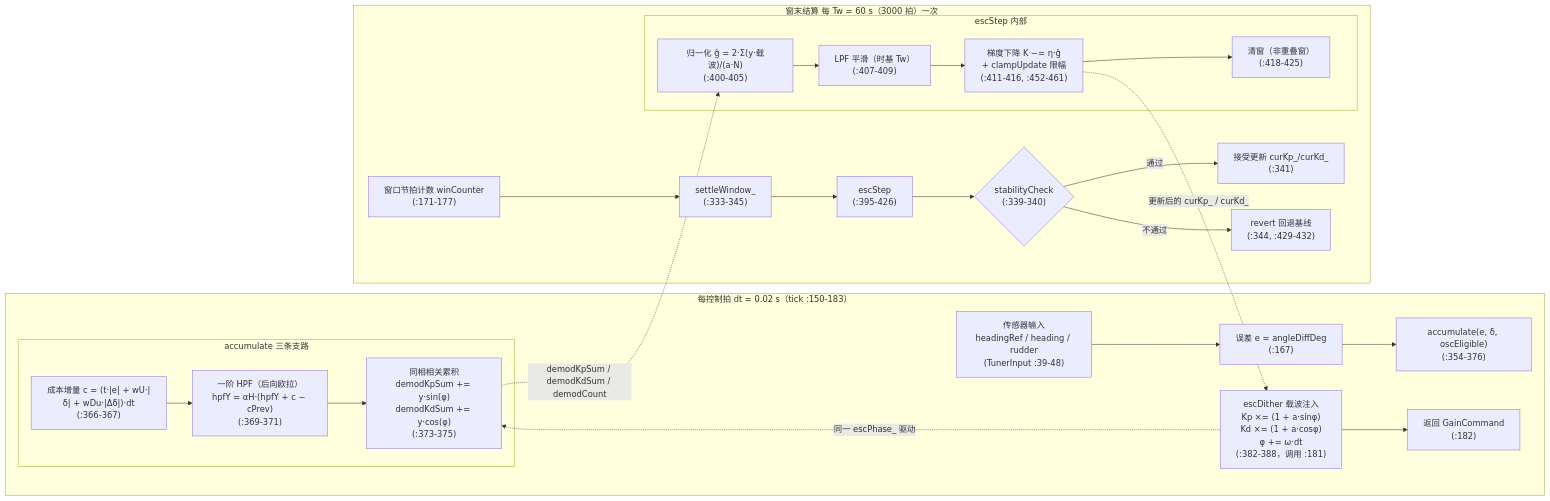
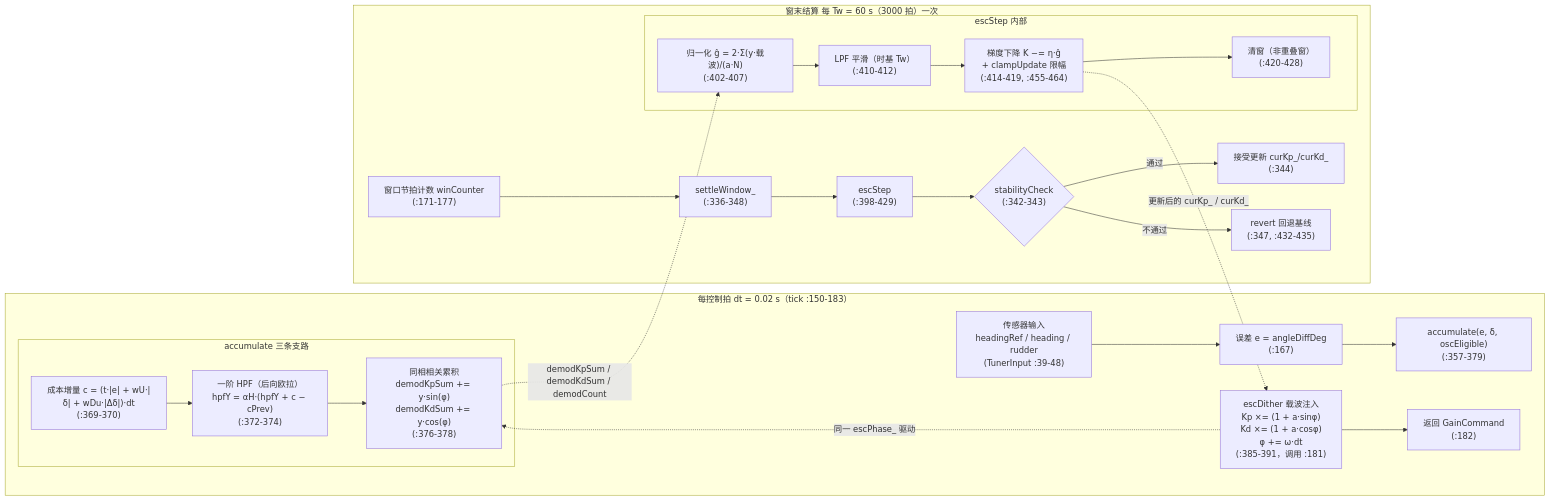
Before and after one commit to jimaka/auto_rudder: the diagram in docs/ESC代价函数梯度计算详解.md, drawn with Mermaid. The commit also changed other lines of this file and 24 other files, not shown here.

````diff
--- a/docs/ESC代价函数梯度计算详解.md
+++ b/docs/ESC代价函数梯度计算详解.md
@@ -350,32 +350,32 @@
 ```mermaid
 flowchart LR
     subgraph 每拍["每控制拍 dt = 0.02 s（tick :150-183）"]
         S["传感器输入<br/>headingRef / heading / rudder<br/>(TunerInput :39-48)"] --> E["误差 e = angleDiffDeg<br/>(:167)"]
-        E --> ACC["accumulate(e, δ, oscEligible)<br/>(:354-376)"]
+        E --> ACC["accumulate(e, δ, oscEligible)<br/>(:357-379)"]
         subgraph 三支路["accumulate 三条支路"]
-            B1["成本增量 c = (t·|e| + wU·|δ| + wDu·|Δδ|)·dt<br/>(:366-367)"]
-            B2["一阶 HPF（后向欧拉）<br/>hpfY = αH·(hpfY + c − cPrev)<br/>(:369-371)"]
-            B3["同相相关累积<br/>demodKpSum += y·sin(φ)<br/>demodKdSum += y·cos(φ)<br/>(:373-375)"]
+            B1["成本增量 c = (t·|e| + wU·|δ| + wDu·|Δδ|)·dt<br/>(:369-370)"]
+            B2["一阶 HPF（后向欧拉）<br/>hpfY = αH·(hpfY + c − cPrev)<br/>(:372-374)"]
+            B3["同相相关累积<br/>demodKpSum += y·sin(φ)<br/>demodKdSum += y·cos(φ)<br/>(:376-378)"]
             B1 --> B2 --> B3
         end
-        DITH["escDither 载波注入<br/>Kp ×= (1 + a·sinφ)<br/>Kd ×= (1 + a·cosφ)<br/>φ += ω·dt<br/>(:382-388，调用 :181)"]
+        DITH["escDither 载波注入<br/>Kp ×= (1 + a·sinφ)<br/>Kd ×= (1 + a·cosφ)<br/>φ += ω·dt<br/>(:385-391，调用 :181)"]
         DITH --> OUT["返回 GainCommand<br/>(:182)"]
     end
     subgraph 窗末["窗末结算 每 Tw = 60 s（3000 拍）一次"]
-        CNT["窗口节拍计数 winCounter<br/>(:171-177)"] --> SETTLE["settleWindow_<br/>(:333-345)"]
-        SETTLE --> STEP["escStep<br/>(:395-426)"]
+        CNT["窗口节拍计数 winCounter<br/>(:171-177)"] --> SETTLE["settleWindow_<br/>(:336-348)"]
+        SETTLE --> STEP["escStep<br/>(:398-429)"]
         subgraph 结算["escStep 内部"]
-            N1["归一化 ĝ = 2·Σ(y·载波)/(a·N)<br/>(:400-405)"]
-            N2["LPF 平滑（时基 Tw）<br/>(:407-409)"]
-            N3["梯度下降 K −= η·ĝ<br/>+ clampUpdate 限幅<br/>(:411-416, :452-461)"]
-            N4["清窗（非重叠窗）<br/>(:418-425)"]
+            N1["归一化 ĝ = 2·Σ(y·载波)/(a·N)<br/>(:402-407)"]
+            N2["LPF 平滑（时基 Tw）<br/>(:410-412)"]
+            N3["梯度下降 K −= η·ĝ<br/>+ clampUpdate 限幅<br/>(:414-419, :455-464)"]
+            N4["清窗（非重叠窗）<br/>(:420-428)"]
             N1 --> N2 --> N3 --> N4
         end
-        STEP --> GATE{"stabilityCheck<br/>(:339-340)"}
-        GATE -- 通过 --> KEEP["接受更新 curKp_/curKd_<br/>(:341)"]
-        GATE -- 不通过 --> REV["revert 回退基线<br/>(:344, :429-432)"]
+        STEP --> GATE{"stabilityCheck<br/>(:342-343)"}
+        GATE -- 通过 --> KEEP["接受更新 curKp_/curKd_<br/>(:344)"]
+        GATE -- 不通过 --> REV["revert 回退基线<br/>(:347, :432-435)"]
     end
     B3 -. "demodKpSum / demodKdSum / demodCount" .-> N1
     N3 -. "更新后的 curKp_ / curKd_" .-> DITH
     DITH -. "同一 escPhase_ 驱动" .-> B3
 ```
````
